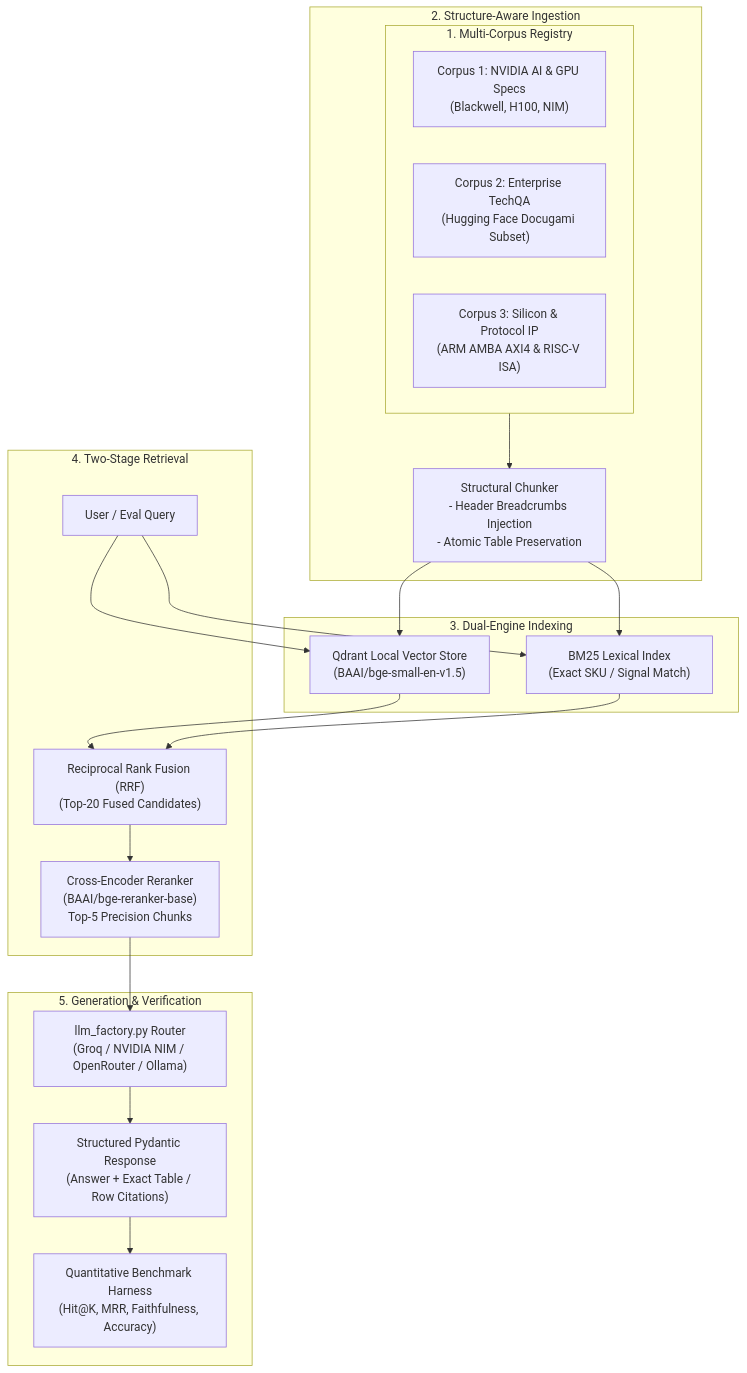
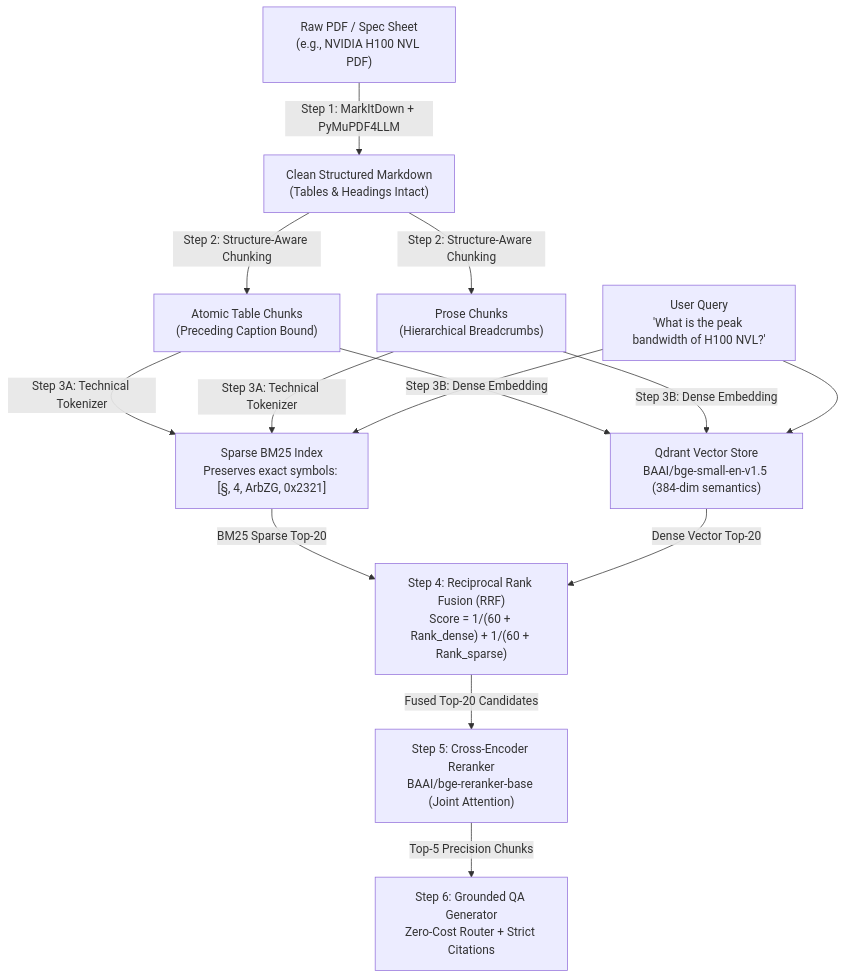
The first of 7 diagrams in README.md (frasheed-dev/specrag), drawn with Mermaid before and after one commit. The commit also changed other lines of this file, not shown here.

Commit message:
docs: add comprehensive pedagogical methodology with Mermaid diagrams and step-by-step examples

````diff
--- a/README.md
+++ b/README.md
@@ -30,30 +27,18 @@
 ```mermaid
 flowchart TD
-    subgraph Corpora ["1. Multi-Corpus Registry"]
-        C1["Corpus 1: NVIDIA AI & GPU Specs\n(Blackwell, H100, NIM)"]
-        C2["Corpus 2: Enterprise TechQA\n(Hugging Face Docugami Subset)"]
-        C3["Corpus 3: Silicon & Protocol IP\n(ARM AMBA AXI4 & RISC-V ISA)"]
-    end
-
-    subgraph Ingestion ["2. Structure-Aware Ingestion"]
-        Corpora --> Chunker["Structural Chunker\n- Header Breadcrumbs Injection\n- Atomic Table Preservation"]
-    end
-
-    subgraph Indexing ["3. Dual-Engine Indexing"]
-        Chunker --> Dense["Qdrant Local Vector Store\n(BAAI/bge-small-en-v1.5)"]
-        Chunker --> Sparse["BM25 Lexical Index\n(Exact SKU / Signal Match)"]
-    end
-
-    subgraph Retrieval ["4. Two-Stage Retrieval"]
-        Q["User / Eval Query"] --> Dense
-        Q --> Sparse
-        Dense & Sparse --> RRF["Reciprocal Rank Fusion (RRF)\n(Top-20 Fused Candidates)"]
-        RRF --> Rerank["Cross-Encoder Reranker\n(BAAI/bge-reranker-base)\nTop-5 Precision Chunks"]
-    end
-
-    subgraph Generation ["5. Generation & Verification"]
-        Rerank --> Router["llm_factory.py Router\n(Groq / NVIDIA NIM / OpenRouter / Ollama)"]
-        Router --> Response["Structured Pydantic Response\n(Answer + Exact Table / Row Citations)"]
-        Response --> Eval["Quantitative Benchmark Harness\n(Hit@K, MRR, Faithfulness, Accuracy)"]
-    end
+    A["Raw PDF / Spec Sheet\n(e.g., NVIDIA H100 NVL PDF)"] -->|Step 1: MarkItDown + PyMuPDF4LLM| B["Clean Structured Markdown\n(Tables & Headings Intact)"]
+    
+    B -->|Step 2: Structure-Aware Chunking| C1["Atomic Table Chunks\n(Preceding Caption Bound)"]
+    B -->|Step 2: Structure-Aware Chunking| C2["Prose Chunks\n(Hierarchical Breadcrumbs)"]
+    
+    C1 & C2 -->|Step 3A: Technical Tokenizer| D1["Sparse BM25 Index\nPreserves exact symbols: [§, 4, ArbZG, 0x2321]"]
+    C1 & C2 -->|Step 3B: Dense Embedding| D2["Qdrant Vector Store\nBAAI/bge-small-en-v1.5 (384-dim semantics)"]
+    
+    Q["User Query\n'What is the peak bandwidth of H100 NVL?'"] --> D1 & D2
+    
+    D1 -->|BM25 Sparse Top-20| F["Step 4: Reciprocal Rank Fusion (RRF)\nScore = 1/(60 + Rank_dense) + 1/(60 + Rank_sparse)"]
+    D2 -->|Dense Vector Top-20| F
+    
+    F -->|Fused Top-20 Candidates| G["Step 5: Cross-Encoder Reranker\nBAAI/bge-reranker-base (Joint Attention)"]
+    G -->|Top-5 Precision Chunks| H["Step 6: Grounded QA Generator\nZero-Cost Router + Strict Citations"]
 ```
````
